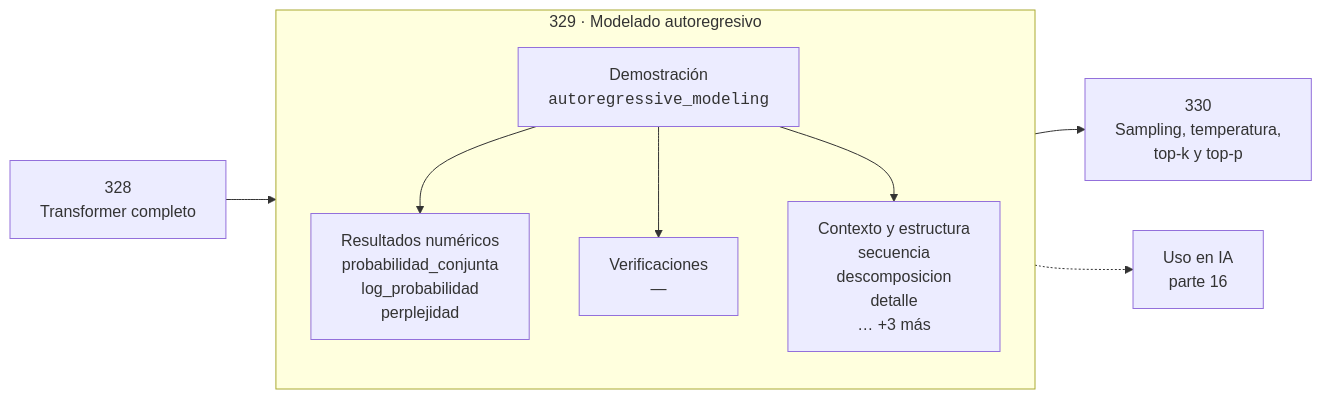
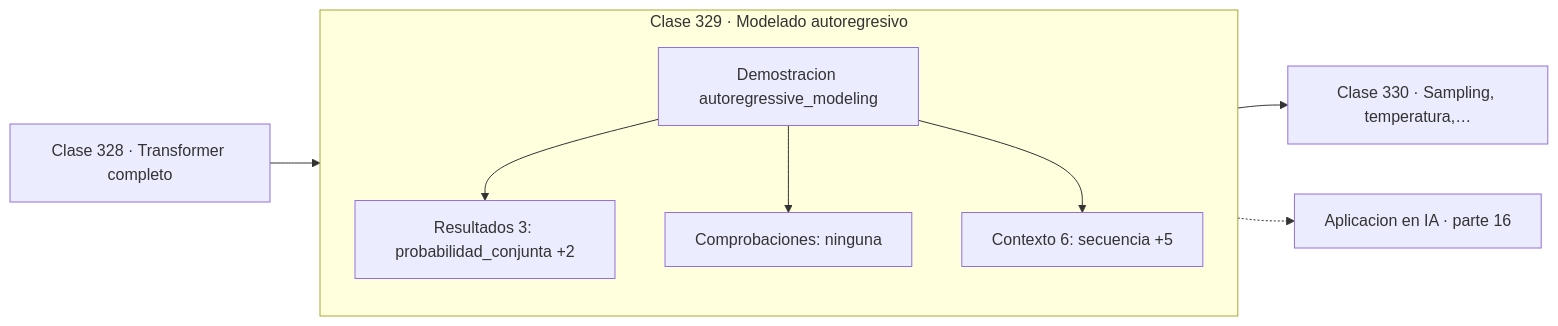
Before and after one commit to vladimiracunadev-create/computational-mathematics-program: the diagram in classes/part-16-matematica-de-transformers-modelos-generativos-grafos-y-rl/329-modelado-autoregresivo/README.md, drawn with Mermaid. The commit also changed 389 other files, not shown here.

First line of the commit message:
fix(diagramas): elimina el HTML de las etiquetas Mermaid

````diff
--- a/classes/part-16-matematica-de-transformers-modelos-generativos-grafos-y-rl/329-modelado-autoregresivo/README.md
+++ b/classes/part-16-matematica-de-transformers-modelos-generativos-grafos-y-rl/329-modelado-autoregresivo/README.md
@@ -30,12 +30,13 @@
 ```mermaid
 flowchart LR
-    P["328<br/>Transformer completo"] --> C
-    subgraph C["329 · Modelado autoregresivo"]
+    P["Clase 328 · Transformer completo"] --> D
+    subgraph CLASE["Clase 329 · Modelado autoregresivo"]
         direction TB
-        D["Demostración<br/><code>autoregressive_modeling</code>"] --> R["Resultados numéricos<br/>probabilidad_conjunta<br/>log_probabilidad<br/>perplejidad"]
-        D --> V["Verificaciones<br/>—"]
-        D --> O["Contexto y estructura<br/>secuencia<br/>descomposicion<br/>detalle<br/>… +3 más"]
+        D["Demostracion autoregressive_modeling"]
+        D --> R["Resultados 3: probabilidad_conjunta +2"]
+        D --> V["Comprobaciones: ninguna"]
+        D --> O["Contexto 6: secuencia +5"]
     end
-    C --> N["330<br/>Sampling, temperatura,<br/>top-k y top-p"]
-    C -.-> IA["Uso en IA<br/>parte 16"]
+    R --> N["Clase 330 · Sampling, temperatura,…"]
+    V -.-> IA["Aplicacion en IA · parte 16"]
 ```
````
